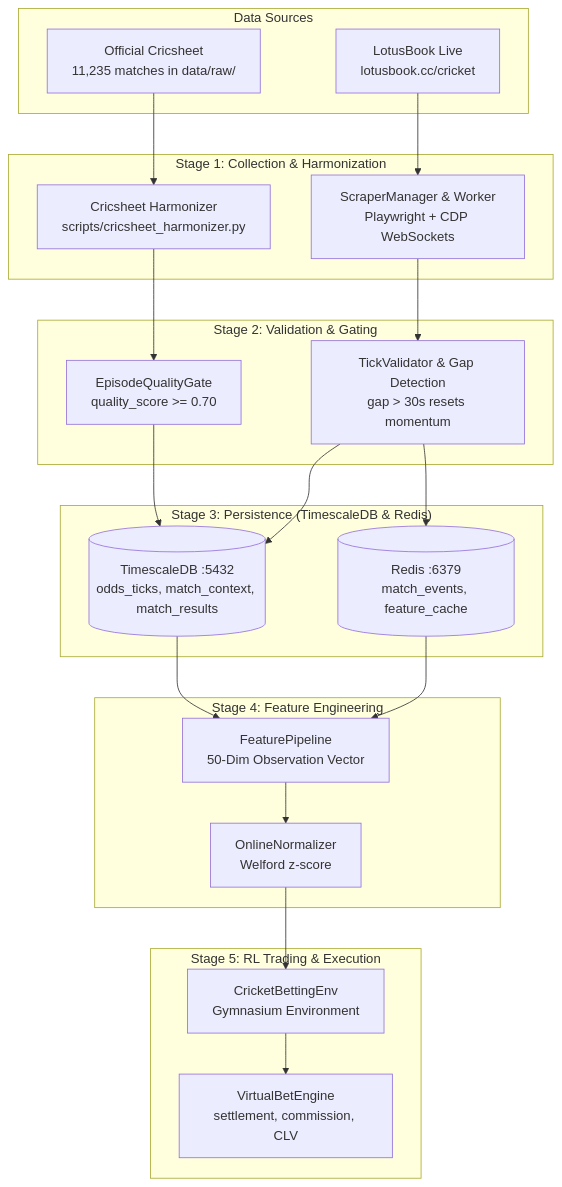
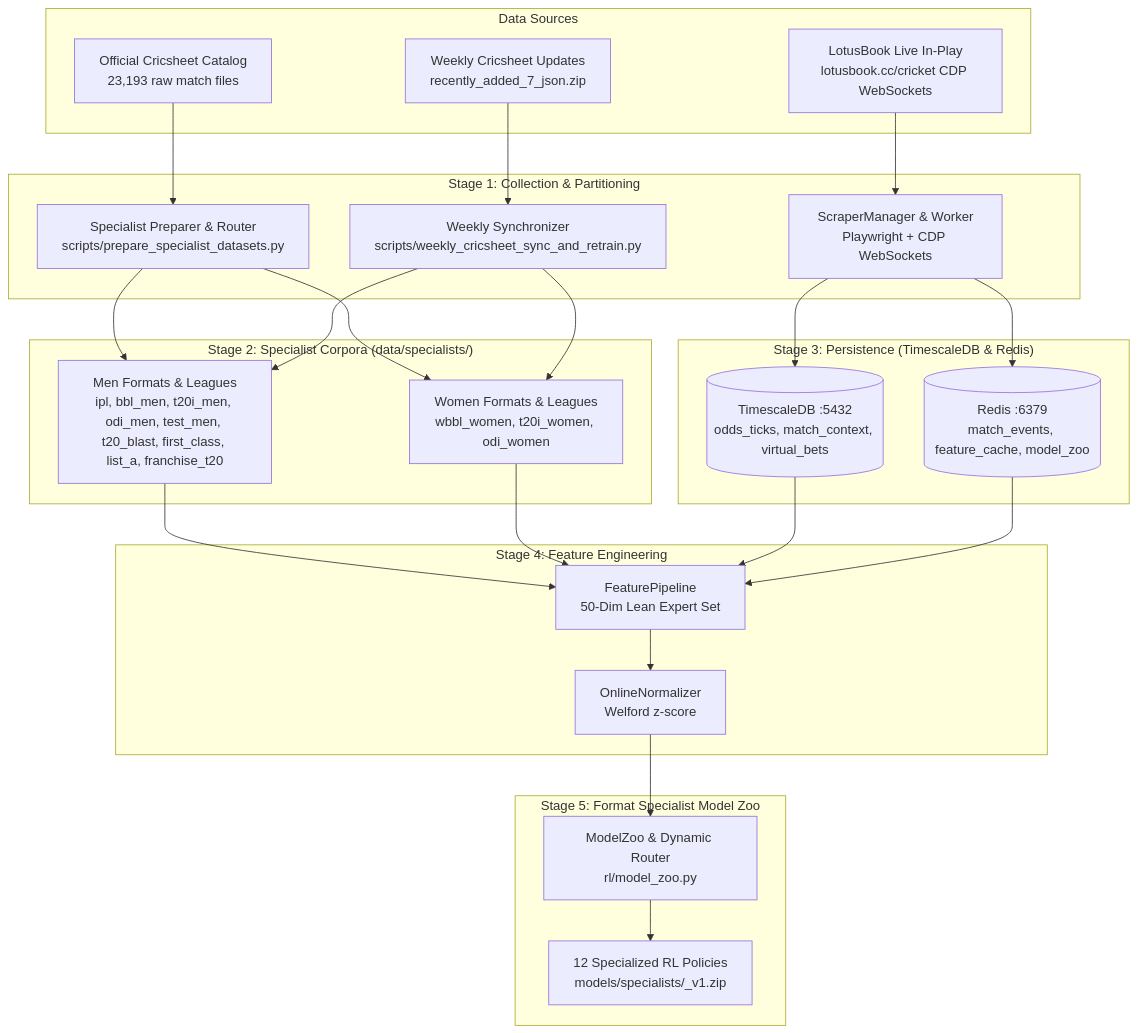
The diagram in docs/architecture/03-data-pipeline.md (sohabena/prediction-claude), drawn with Mermaid before and after one commit. The commit also changed other lines of this file and 22 other files, not shown here.

Commit message:
docs: forensic synchronization of architecture, rules, guides, and workflows with 12-specialist strategy

````diff
--- a/docs/architecture/03-data-pipeline.md
+++ b/docs/architecture/03-data-pipeline.md
@@ -13,39 +14,40 @@
 ```mermaid
 flowchart TD
     subgraph "Data Sources"
-        A[LotusBook Live<br/>lotusbook.cc/cricket]
-        B[Official Cricsheet<br/>11,235 matches in data/raw/]
+        A[LotusBook Live In-Play<br/>lotusbook.cc/cricket CDP WebSockets]
+        B[Official Cricsheet Catalog<br/>23,193 raw match files]
+        C[Weekly Cricsheet Updates<br/>recently_added_7_json.zip]
     end
 
-    subgraph "Stage 1: Collection & Harmonization"
-        C[ScraperManager & Worker<br/>Playwright + CDP WebSockets]
-        D[Cricsheet Harmonizer<br/>scripts/cricsheet_harmonizer.py]
+    subgraph "Stage 1: Collection & Partitioning"
+        D[ScraperManager & Worker<br/>Playwright + CDP WebSockets]
+        E[Specialist Preparer & Router<br/>scripts/prepare_specialist_datasets.py]
+        F[Weekly Synchronizer<br/>scripts/weekly_cricsheet_sync_and_retrain.py]
     end
 
-    subgraph "Stage 2: Validation & Gating"
-        E[EpisodeQualityGate<br/>quality_score >= 0.70]
-        F[TickValidator & Gap Detection<br/>gap > 30s resets momentum]
+    subgraph "Stage 2: Specialist Corpora (data/specialists/)"
+        G[Men Formats & Leagues<br/>ipl, bbl_men, t20i_men, odi_men, test_men, t20_blast, first_class, list_a, franchise_t20]
+        H[Women Formats & Leagues<br/>wbbl_women, t20i_women, odi_women]
     end
 
     subgraph "Stage 3: Persistence (TimescaleDB & Redis)"
-        G[(TimescaleDB :5432<br/>odds_ticks, match_context, match_results)]
-        H[(Redis :6379<br/>match_events, feature_cache)]
+        I[(TimescaleDB :5432<br/>odds_ticks, match_context, virtual_bets)]
+        J[(Redis :6379<br/>match_events, feature_cache, model_zoo)]
     end
 
     subgraph "Stage 4: Feature Engineering"
-        I[FeaturePipeline<br/>50-Dim Observation Vector]
-        J[OnlineNormalizer<br/>Welford z-score]
+        K[FeaturePipeline<br/>50-Dim Lean Expert Set]
+        L[OnlineNormalizer<br/>Welford z-score]
     end
 
-    subgraph "Stage 5: RL Trading & Execution"
-        K[CricketBettingEnv<br/>Gymnasium Environment]
-        L[VirtualBetEngine<br/>settlement, commission, CLV]
+    subgraph "Stage 5: Format Specialist Model Zoo"
+        M[ModelZoo & Dynamic Router<br/>rl/model_zoo.py]
+        N[12 Specialized RL Policies<br/>models/specialists/<key>_v1.zip]
     end
 
-    A --> C
-    B --> D
-    C --> F --> H
-    D --> E --> G
-    F --> G
-    G & H --> I --> J --> K --> L
+    A --> D --> I & J
+    B --> E --> G & H
+    C --> F --> G & H
+    G & H --> K --> L --> M --> N
+    I & J --> K
 ```
````
